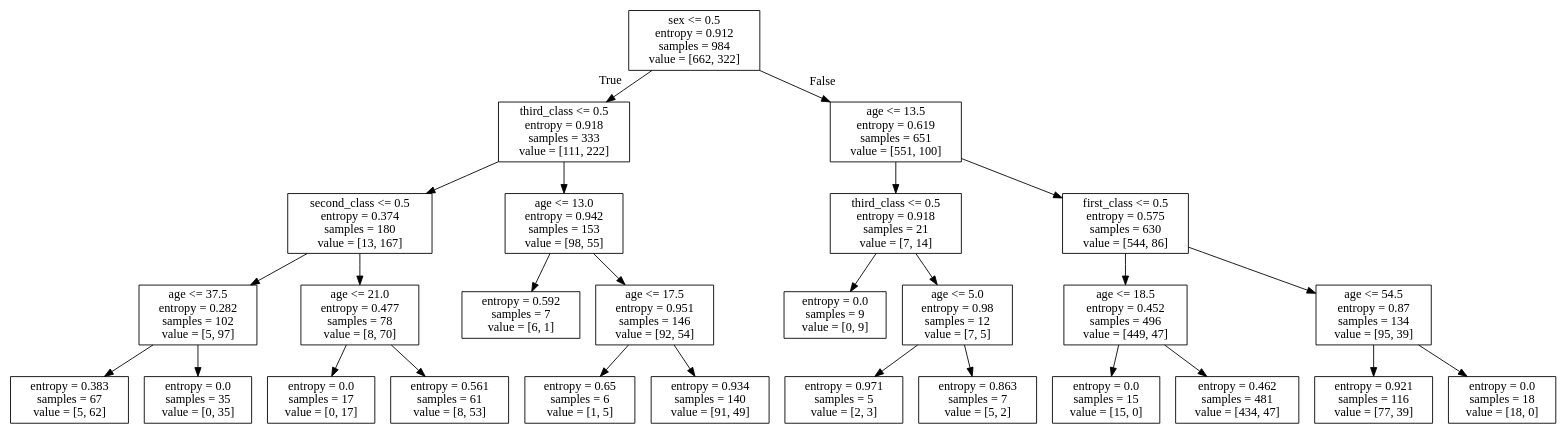
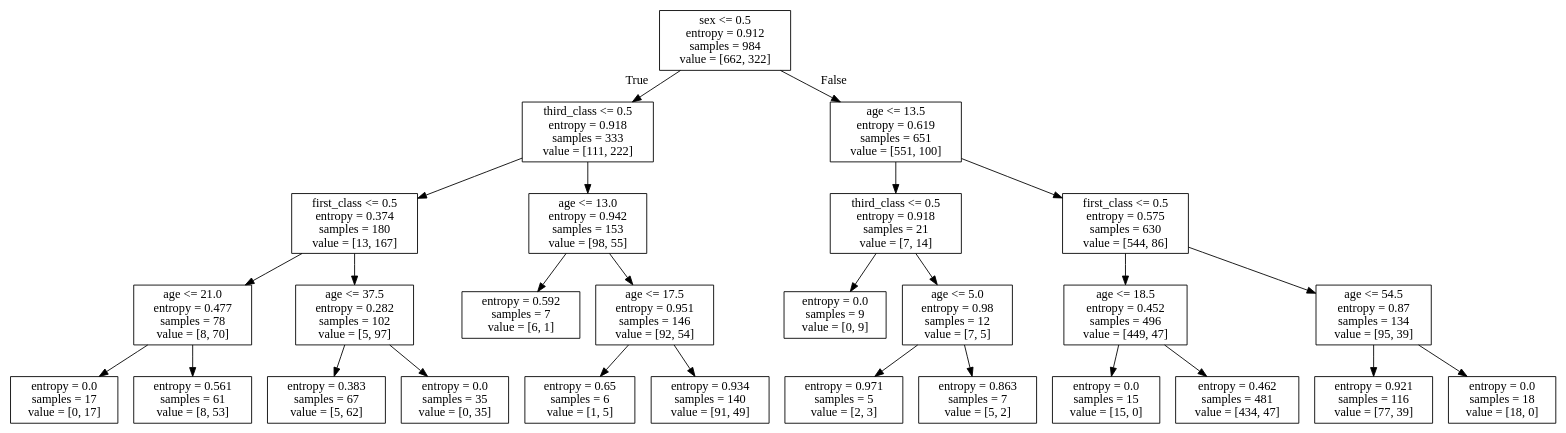
The diagram in Machine_Learning/HrdzPython/ML_TreeDecision_Titanic/titanic.dot (thinkcares/thinkcares), drawn with Graphviz before and after one commit. The commit also changed 4 other files, not shown here.

```diff
--- a/Machine_Learning/HrdzPython/ML_TreeDecision_Titanic/titanic.dot
+++ b/Machine_Learning/HrdzPython/ML_TreeDecision_Titanic/titanic.dot
@@ -1,56 +1,56 @@
 digraph Tree {
 node [shape=box] ;
 0 [label="sex <= 0.5\nentropy = 0.912\nsamples = 984\nvalue = [662, 322]"] ;
 1 [label="third_class <= 0.5\nentropy = 0.918\nsamples = 333\nvalue = [111, 222]"] ;
 0 -> 1 [labeldistance=2.5, labelangle=45, headlabel="True"] ;
-2 [label="second_class <= 0.5\nentropy = 0.374\nsamples = 180\nvalue = [13, 167]"] ;
+2 [label="first_class <= 0.5\nentropy = 0.374\nsamples = 180\nvalue = [13, 167]"] ;
 1 -> 2 ;
-3 [label="age <= 37.5\nentropy = 0.282\nsamples = 102\nvalue = [5, 97]"] ;
+3 [label="age <= 21.0\nentropy = 0.477\nsamples = 78\nvalue = [8, 70]"] ;
 2 -> 3 ;
-4 [label="entropy = 0.383\nsamples = 67\nvalue = [5, 62]"] ;
+4 [label="entropy = 0.0\nsamples = 17\nvalue = [0, 17]"] ;
 3 -> 4 ;
-5 [label="entropy = 0.0\nsamples = 35\nvalue = [0, 35]"] ;
+5 [label="entropy = 0.561\nsamples = 61\nvalue = [8, 53]"] ;
 3 -> 5 ;
-6 [label="age <= 21.0\nentropy = 0.477\nsamples = 78\nvalue = [8, 70]"] ;
+6 [label="age <= 37.5\nentropy = 0.282\nsamples = 102\nvalue = [5, 97]"] ;
 2 -> 6 ;
-7 [label="entropy = 0.0\nsamples = 17\nvalue = [0, 17]"] ;
+7 [label="entropy = 0.383\nsamples = 67\nvalue = [5, 62]"] ;
 6 -> 7 ;
-8 [label="entropy = 0.561\nsamples = 61\nvalue = [8, 53]"] ;
+8 [label="entropy = 0.0\nsamples = 35\nvalue = [0, 35]"] ;
 6 -> 8 ;
 9 [label="age <= 13.0\nentropy = 0.942\nsamples = 153\nvalue = [98, 55]"] ;
 1 -> 9 ;
 10 [label="entropy = 0.592\nsamples = 7\nvalue = [6, 1]"] ;
 9 -> 10 ;
 11 [label="age <= 17.5\nentropy = 0.951\nsamples = 146\nvalue = [92, 54]"] ;
 9 -> 11 ;
 12 [label="entropy = 0.65\nsamples = 6\nvalue = [1, 5]"] ;
 11 -> 12 ;
 13 [label="entropy = 0.934\nsamples = 140\nvalue = [91, 49]"] ;
 11 -> 13 ;
 14 [label="age <= 13.5\nentropy = 0.619\nsamples = 651\nvalue = [551, 100]"] ;
 0 -> 14 [labeldistance=2.5, labelangle=-45, headlabel="False"] ;
 15 [label="third_class <= 0.5\nentropy = 0.918\nsamples = 21\nvalue = [7, 14]"] ;
 14 -> 15 ;
 16 [label="entropy = 0.0\nsamples = 9\nvalue = [0, 9]"] ;
 15 -> 16 ;
 17 [label="age <= 5.0\nentropy = 0.98\nsamples = 12\nvalue = [7, 5]"] ;
 15 -> 17 ;
 18 [label="entropy = 0.971\nsamples = 5\nvalue = [2, 3]"] ;
 17 -> 18 ;
 19 [label="entropy = 0.863\nsamples = 7\nvalue = [5, 2]"] ;
 17 -> 19 ;
 20 [label="first_class <= 0.5\nentropy = 0.575\nsamples = 630\nvalue = [544, 86]"] ;
 14 -> 20 ;
 21 [label="age <= 18.5\nentropy = 0.452\nsamples = 496\nvalue = [449, 47]"] ;
 20 -> 21 ;
 22 [label="entropy = 0.0\nsamples = 15\nvalue = [15, 0]"] ;
 21 -> 22 ;
 23 [label="entropy = 0.462\nsamples = 481\nvalue = [434, 47]"] ;
 21 -> 23 ;
 24 [label="age <= 54.5\nentropy = 0.87\nsamples = 134\nvalue = [95, 39]"] ;
 20 -> 24 ;
 25 [label="entropy = 0.921\nsamples = 116\nvalue = [77, 39]"] ;
 24 -> 25 ;
 26 [label="entropy = 0.0\nsamples = 18\nvalue = [18, 0]"] ;
 24 -> 26 ;
 }
```
